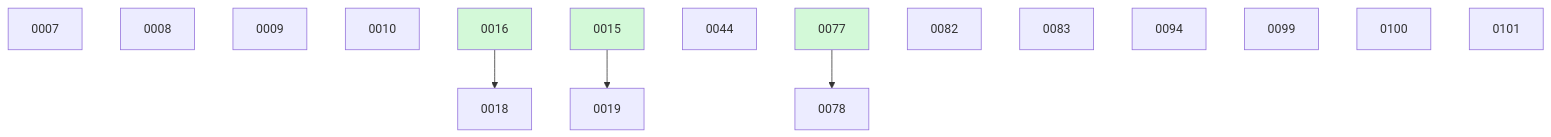
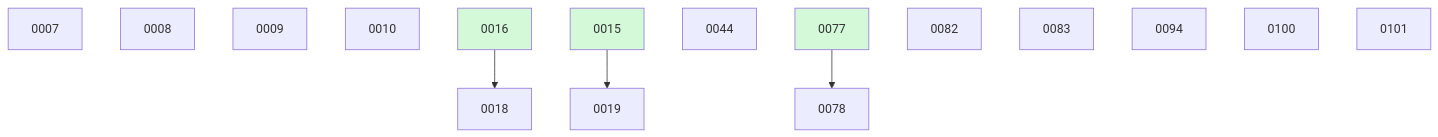
The diagram in docs/changes/BOARD.md (danielhanold/docket), drawn with Mermaid before and after one commit. The commit also changed other lines of this file, not shown here.

````diff
--- a/docs/changes/BOARD.md
+++ b/docs/changes/BOARD.md
@@ -39,21 +38,20 @@
 ```mermaid
 graph TD
   0007
   0008
   0009
   0010
   0016 --> 0018
   0015 --> 0019
   0044
   0077 --> 0078
   0082
   0083
   0094
-  0099
   0100
   0101
   0015:::done
   0016:::done
   0077:::done
   classDef done fill:#d3f9d8;
 ```
````
